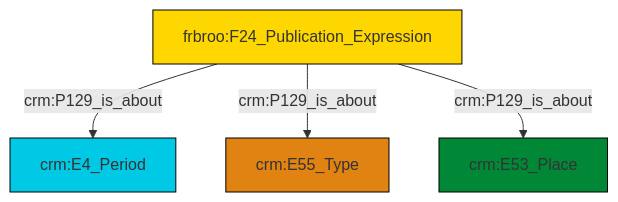
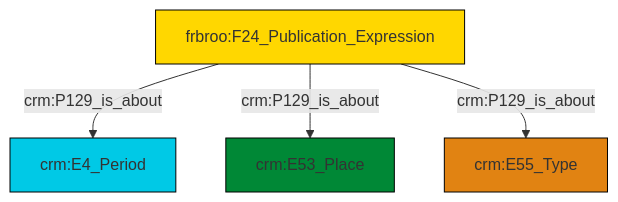
The diagram in et/biblioCSV/ttl/mmd/biblio_aboutness.ttl.mmd (swiss-art-research-net/reference-data-models), drawn with Mermaid before and after one commit. The commit also changed 123 other files, not shown here.

```diff
--- a/et/biblioCSV/ttl/mmd/biblio_aboutness.ttl.mmd
+++ b/et/biblioCSV/ttl/mmd/biblio_aboutness.ttl.mmd
@@ -1,18 +1,18 @@
 graph TD
 classDef Literal fill:#f2f2f2,stroke:#000000;
 classDef CRM_Entity fill:#FFFFFF,stroke:#000000;
 classDef Temporal_Entity fill:#00C9E6, stroke:#000000;
 classDef Type fill:#E18312, stroke:#000000;
 classDef Time-Span fill:#2C9C91, stroke:#000000;
 classDef Appellation fill:#FFEB7F, stroke:#000000;
 classDef Place fill:#008836, stroke:#000000;
 classDef Persistent_Item fill:#B266B2, stroke:#000000;
 classDef Conceptual_Object fill:#FFD700, stroke:#000000;
 classDef Physical_Thing fill:#D2B48C, stroke:#000000;
 classDef Actor fill:#f58aad, stroke:#000000;
 classDef PC_Classes fill:#4ce600, stroke:#000000;
 classDef Multi fill:#cccccc,stroke:#000000;
 
-0["frbroo:F24_Publication_Expression"]:::Conceptual_Object -->|crm:P129_is_about| 1["crm:E4_Period"]:::Temporal_Entity
-0["frbroo:F24_Publication_Expression"]:::Conceptual_Object -->|crm:P129_is_about| 3["crm:E55_Type"]:::Type
-0["frbroo:F24_Publication_Expression"]:::Conceptual_Object -->|crm:P129_is_about| 4["crm:E53_Place"]:::Place
+6["frbroo:F24_Publication_Expression"]:::Conceptual_Object -->|crm:P129_is_about| 2["crm:E4_Period"]:::Temporal_Entity
+6["frbroo:F24_Publication_Expression"]:::Conceptual_Object -->|crm:P129_is_about| 4["crm:E53_Place"]:::Place
+6["frbroo:F24_Publication_Expression"]:::Conceptual_Object -->|crm:P129_is_about| 0["crm:E55_Type"]:::Type
```
